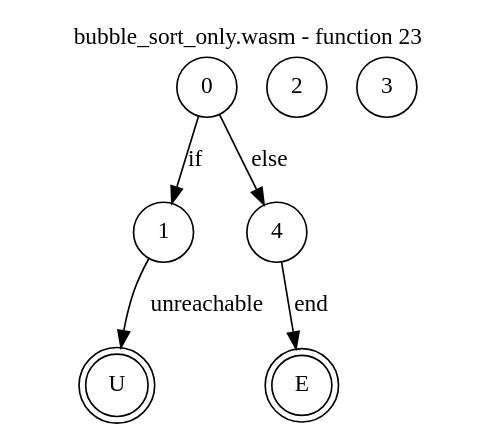
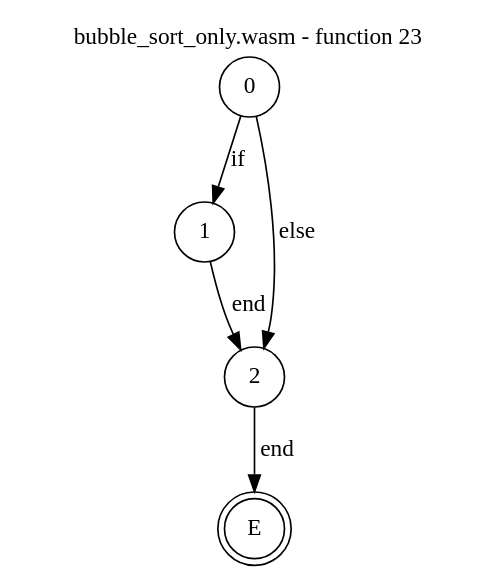
The diagram in test_cases/bubble_sort_only/bubble_sort_only-funcs/bubble_sort_only-func23.dot (jsCarleton/wanalyze), drawn with Graphviz before and after one commit. The commit also changed 46 other files, not shown here.

```diff
--- a/test_cases/bubble_sort_only/bubble_sort_only-funcs/bubble_sort_only-func23.dot
+++ b/test_cases/bubble_sort_only/bubble_sort_only-funcs/bubble_sort_only-func23.dot
@@ -1,19 +1,16 @@
 digraph finite_state_machine {
     label = "bubble_sort_only.wasm - function 23"
     labelloc =  t
     labelfontsize = 16
     labelfontcolor = black
     labelfontname = "Helvetica"
-    node [shape = doublecircle]; E U ;
+    node [shape = doublecircle]; E ;
 node [shape=circle, fontcolor=black, style="", label="0"]0
 node [shape=circle, fontcolor=black, style="", label="1"]1
 node [shape=circle, fontcolor=black, style="", label="2"]2
-node [shape=circle, fontcolor=black, style="", label="3"]3
-node [shape=circle, fontcolor=black, style="", label="4"]4
 node [shape=circle, fontcolor=black, style="", label="E"]E
-node [shape=circle, fontcolor=black, style="", label="U"]U
     0 -> 1[label="if"];
-    0 -> 4[label="else"];
-    1 -> U[label="unreachable"];
-    4 -> E[label="end"];
+    0 -> 2[label="else"];
+    1 -> 2[label="end"];
+    2 -> E[label="end"];
 }
```
